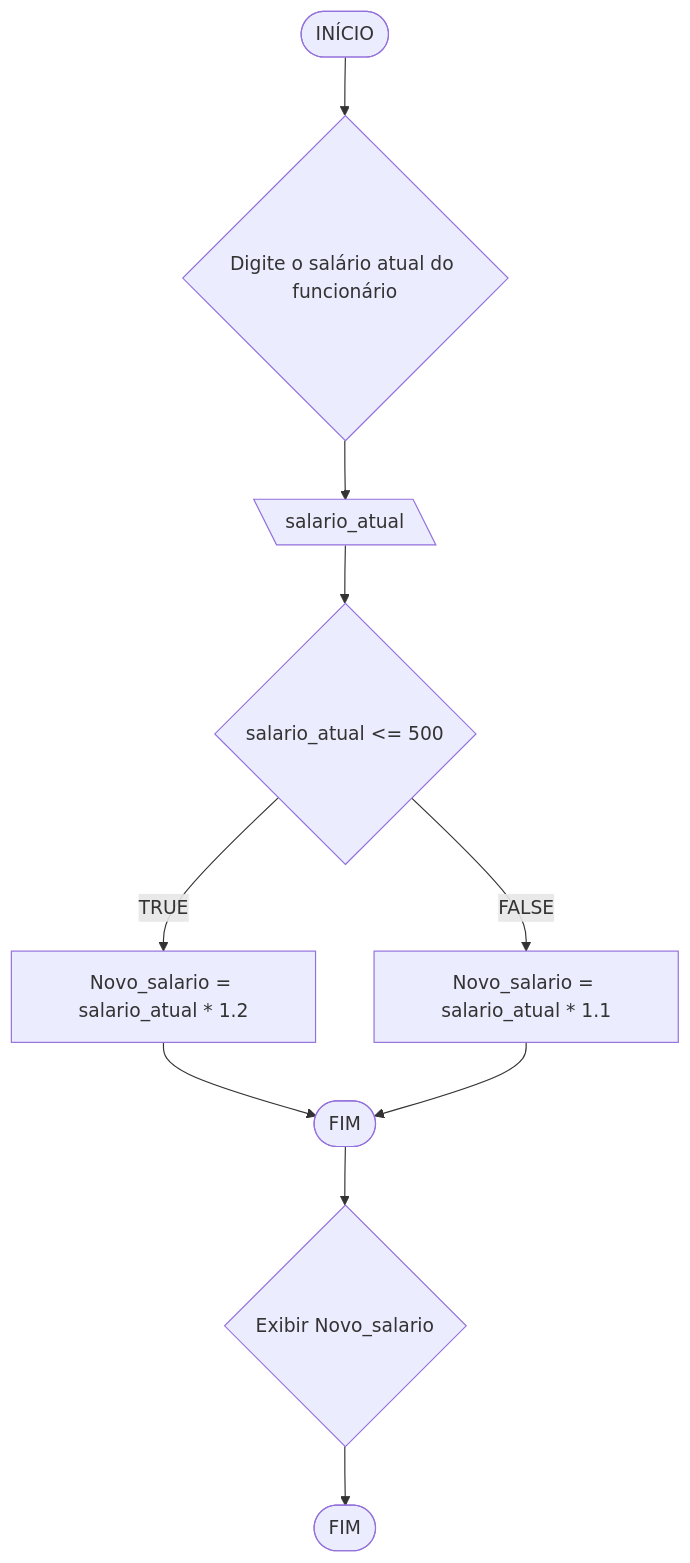
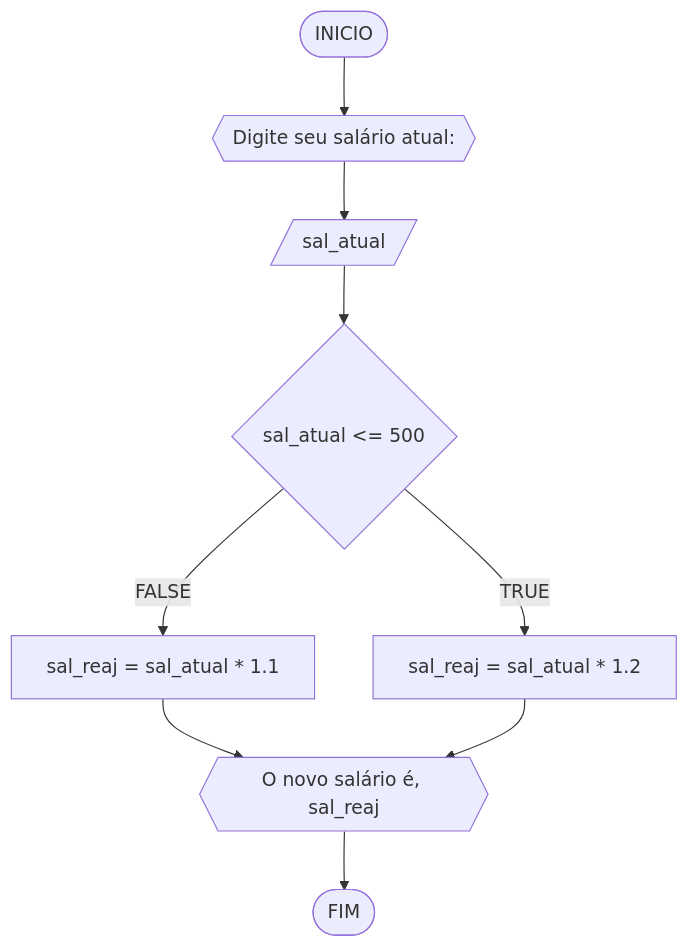
One commit to edwardstww/unifor changed the second of 4 diagrams in RLA/lista1.md. Above: the diagram before and after it, drawn with Mermaid. The commit also changed other lines of this file, not shown here.

````diff
--- a/RLA/lista1.md
+++ b/RLA/lista1.md
@@ -61,12 +79,11 @@
 ```mermaid
 flowchart TD
-A([INÍCIO]) --> B{Digite o salário atual do funcionário} 
-B --> C[\salario_atual\] 
-C --> D{salario_atual <= 500} 
-D --TRUE--> E[Novo_salario = salario_atual * 1.2] 
-D --FALSE--> F[Novo_salario = salario_atual * 1.1] 
-E --> G([FIM]) 
-F --> G([FIM]) 
-G --> H{Exibir Novo_salario}
-H --> I([FIM])
+A([INICIO]) --> B{{"Digite seu salário atual:"}}
+B --> C[/sal_atual/]
+C --> D{sal_atual <= 500}
+D --FALSE--> E[sal_reaj = sal_atual * 1.1]
+D --TRUE--> F[sal_reaj = sal_atual * 1.2]
+E --> G{{O novo salário é, sal_reaj}}
+F --> G
+G --> H([FIM])
 ```
````
